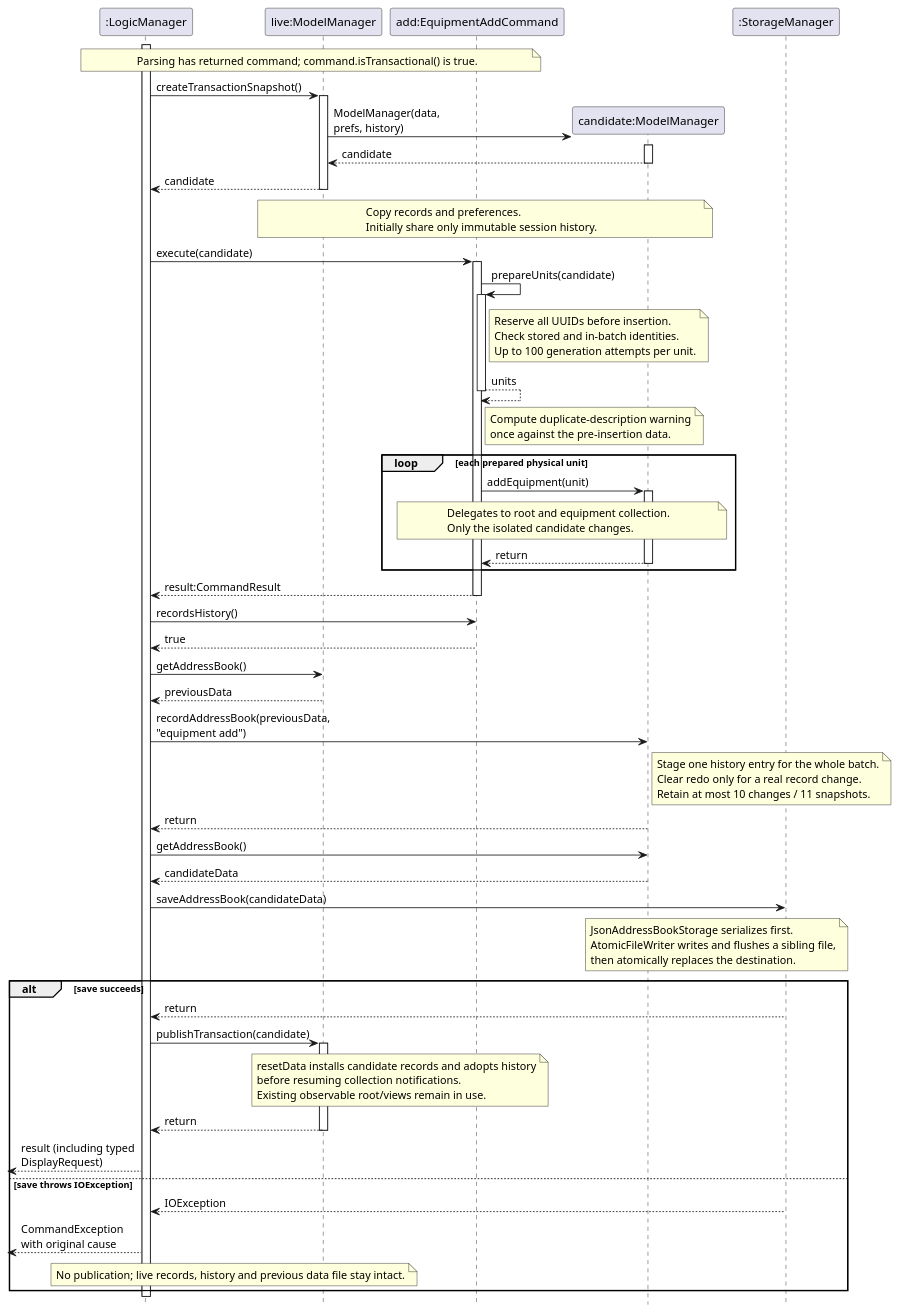
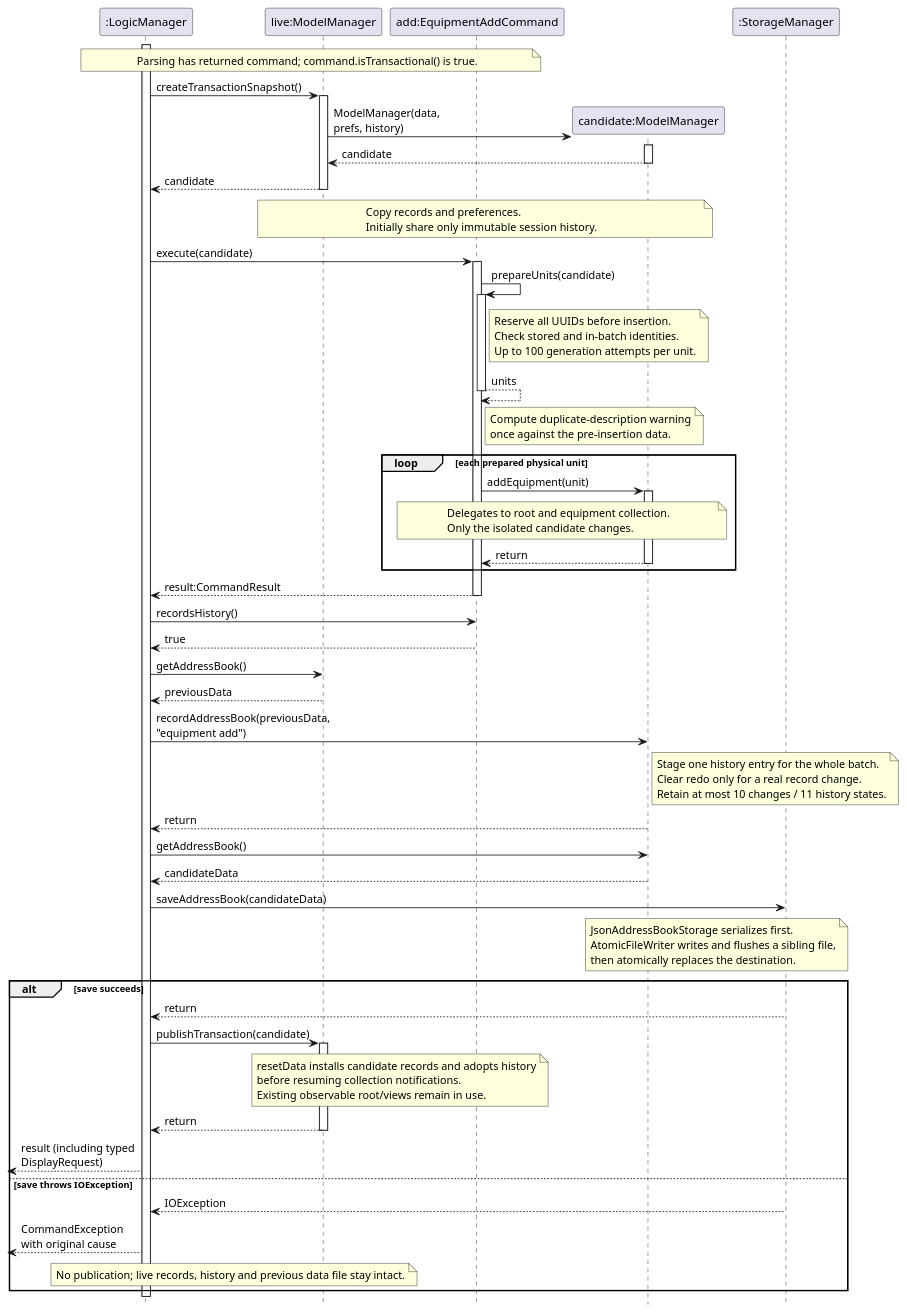
The diagram in diagrams/EquipmentTransactionSequence.puml (AY2627S1-CS2103T-F15-2/tp), drawn with PlantUML before and after one commit. The commit also changed 103 other files, not shown here.

```diff
--- a/diagrams/EquipmentTransactionSequence.puml
+++ b/diagrams/EquipmentTransactionSequence.puml
@@ -1,101 +1,101 @@
 @startuml
 skinparam shadowing false
 skinparam defaultFontName Arial
 hide footbox
 skinparam maxMessageSize 150
 <style>
 participant {
   padding 10
 }
 </style>
 
 participant ":LogicManager" as logic
 participant "live:ModelManager" as live
 participant "add:EquipmentAddCommand" as command
 participant "candidate:ModelManager" as candidate
 participant ":StorageManager" as storage
 
 note over logic, command
   Parsing has returned command; command.isTransactional() is true.
 end note
 activate logic
 logic -> live : createTransactionSnapshot()
 activate live
 create candidate
 live -> candidate : ModelManager(data, prefs, history)
 activate candidate
 candidate --> live : candidate
 deactivate candidate
 live --> logic : candidate
 deactivate live
 note over live, candidate
   Copy records and preferences.
   Initially share only immutable session history.
 end note
 logic -> command : execute(candidate)
 activate command
 command -> command : prepareUnits(candidate)
 activate command
 note right of command
   Reserve all UUIDs before insertion.
   Check stored and in-batch identities.
   Up to 100 generation attempts per unit.
 end note
 command --> command : units
 deactivate command
 note right of command
   Compute duplicate-description warning
   once against the pre-insertion data.
 end note
 loop each prepared physical unit
   command -> candidate : addEquipment(unit)
   activate candidate
   note over command, candidate
     Delegates to root and equipment collection.
     Only the isolated candidate changes.
   end note
   candidate --> command : return
   deactivate candidate
 end
 command --> logic : result:CommandResult
 deactivate command
 logic -> command : recordsHistory()
 command --> logic : true
 logic -> live : getAddressBook()
 live --> logic : previousData
 logic -> candidate : recordAddressBook(previousData, "equipment add")
 note right of candidate
   Stage one history entry for the whole batch.
   Clear redo only for a real record change.
-  Retain at most 10 changes / 11 snapshots.
+  Retain at most 10 changes / 11 history states.
 end note
 candidate --> logic : return
 logic -> candidate : getAddressBook()
 candidate --> logic : candidateData
 logic -> storage : saveAddressBook(candidateData)
 note over candidate, storage
   JsonAddressBookStorage serializes first.
   AtomicFileWriter writes and flushes a sibling file,
   then atomically replaces the destination.
 end note
 alt save succeeds
   storage --> logic : return
   logic -> live : publishTransaction(candidate)
   activate live
   note over live, command
     resetData installs candidate records and adopts history
     before resuming collection notifications.
     Existing observable root/views remain in use.
   end note
   live --> logic : return
   deactivate live
   [<-- logic : result (including typed DisplayRequest)
 else save throws IOException
   storage --> logic : IOException
   [<-- logic : CommandException with original cause
   note over logic, live
     No publication; live records, history and previous data file stay intact.
   end note
 end
 deactivate logic
 @enduml
```
